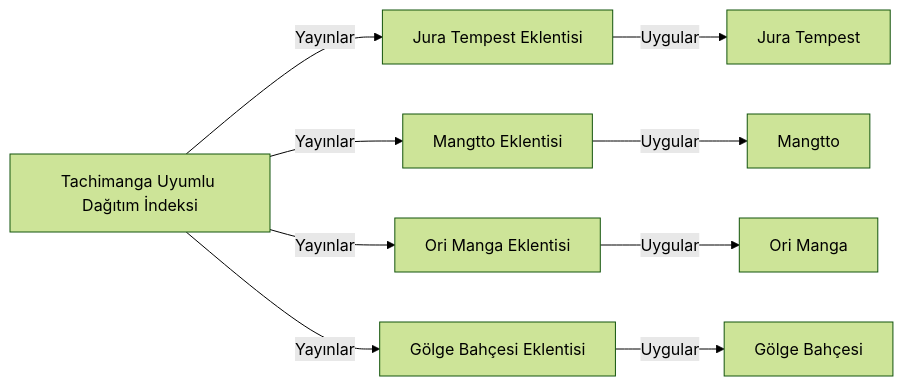
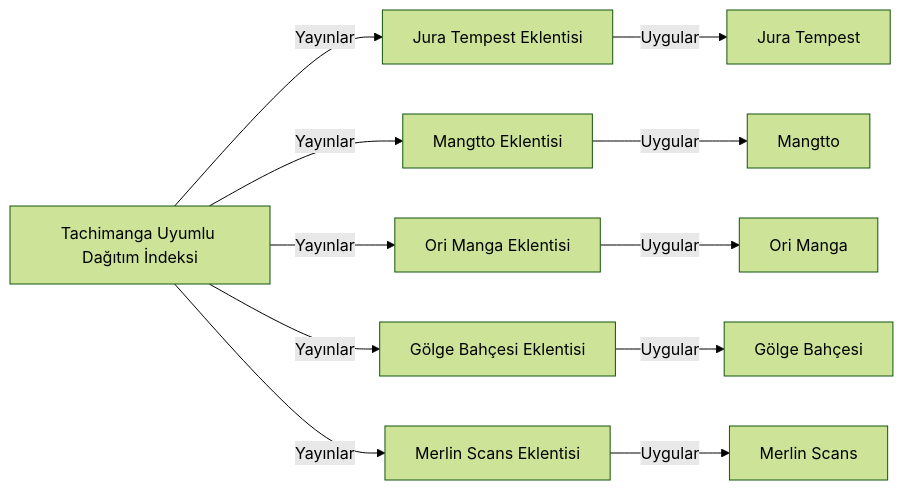
One commit to songulysnkmsr-blip/tempestrepo changed the diagram in .project/ONTOLOJİ.md. Above: the diagram before and after it, drawn with Mermaid (forest theme). The commit also changed other lines of this file and 21 other files, not shown here.

Commit message:
feat(tr): fix GolgeBahcesi DRM/WebView crash and add MerlinScans extension

````diff
--- a/.project/ONTOLOJİ.md
+++ b/.project/ONTOLOJİ.md
@@ -39,20 +41,24 @@
 ```mermaid
 flowchart LR
   n0["Jura Tempest"]
   n1["Mangtto"]
   n2["Ori Manga"]
   n3["Gölge Bahçesi"]
   n4["Jura Tempest Eklentisi"]
   n5["Mangtto Eklentisi"]
   n6["Ori Manga Eklentisi"]
   n7["Gölge Bahçesi Eklentisi"]
   n8["Tachimanga Uyumlu Dağıtım İndeksi"]
+  n9["Merlin Scans"]
+  n10["Merlin Scans Eklentisi"]
   n4 -->|"Uygular"| n0
   n5 -->|"Uygular"| n1
   n6 -->|"Uygular"| n2
   n7 -->|"Uygular"| n3
   n8 -->|"Yayınlar"| n4
   n8 -->|"Yayınlar"| n5
   n8 -->|"Yayınlar"| n6
   n8 -->|"Yayınlar"| n7
+  n10 -->|"Uygular"| n9
+  n8 -->|"Yayınlar"| n10
 ```
````
